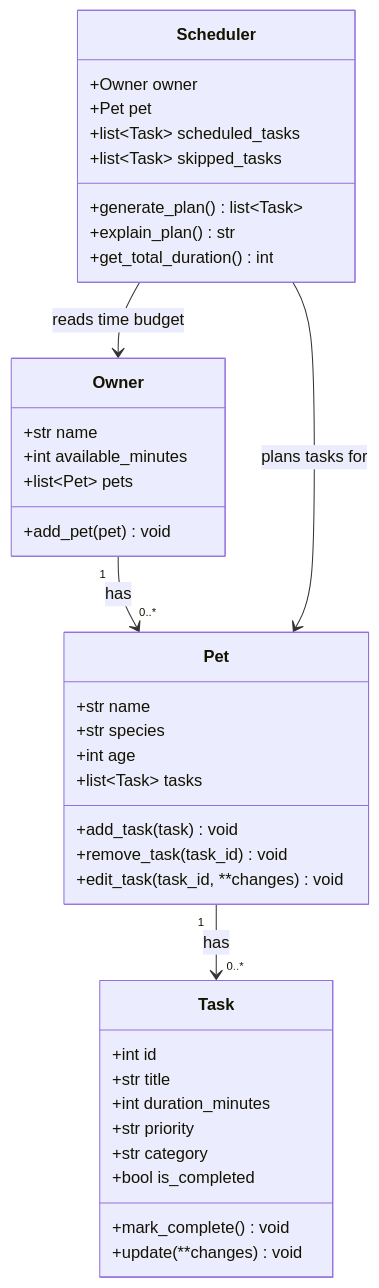
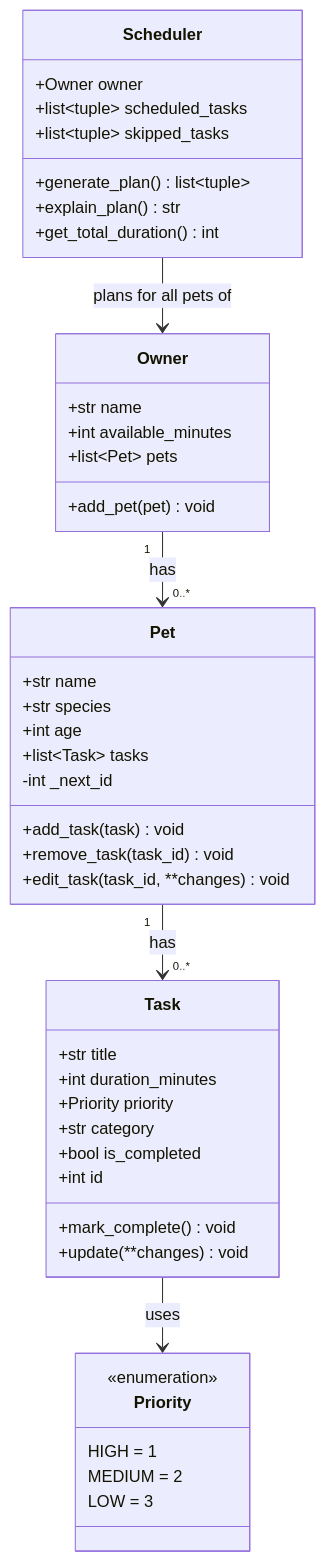
Before and after one commit to heinhtetw37/ai110-module2show-pawpal-starter: the diagram in diagrams/uml.mmd, drawn with Mermaid. The commit also changed 3 other files, not shown here.

Commit message:
refactor: shared time budget, Priority enum, auto task ids

```diff
--- a/diagrams/uml.mmd
+++ b/diagrams/uml.mmd
@@ -1,43 +1,50 @@
 classDiagram
+    class Priority {
+        <<enumeration>>
+        HIGH = 1
+        MEDIUM = 2
+        LOW = 3
+    }
+
     class Owner {
         +str name
         +int available_minutes
         +list~Pet~ pets
         +add_pet(pet) void
     }
 
     class Pet {
         +str name
         +str species
         +int age
         +list~Task~ tasks
+        -int _next_id
         +add_task(task) void
         +remove_task(task_id) void
         +edit_task(task_id, **changes) void
     }
 
     class Task {
-        +int id
         +str title
         +int duration_minutes
-        +str priority
+        +Priority priority
         +str category
         +bool is_completed
+        +int id
         +mark_complete() void
         +update(**changes) void
     }
 
     class Scheduler {
         +Owner owner
-        +Pet pet
-        +list~Task~ scheduled_tasks
-        +list~Task~ skipped_tasks
-        +generate_plan() list~Task~
+        +list~tuple~ scheduled_tasks
+        +list~tuple~ skipped_tasks
+        +generate_plan() list~tuple~
         +explain_plan() str
         +get_total_duration() int
     }
 
     Owner "1" --> "0..*" Pet : has
     Pet "1" --> "0..*" Task : has
-    Scheduler --> Owner : reads time budget
-    Scheduler --> Pet : plans tasks for
+    Task --> Priority : uses
+    Scheduler --> Owner : plans for all pets of
```
